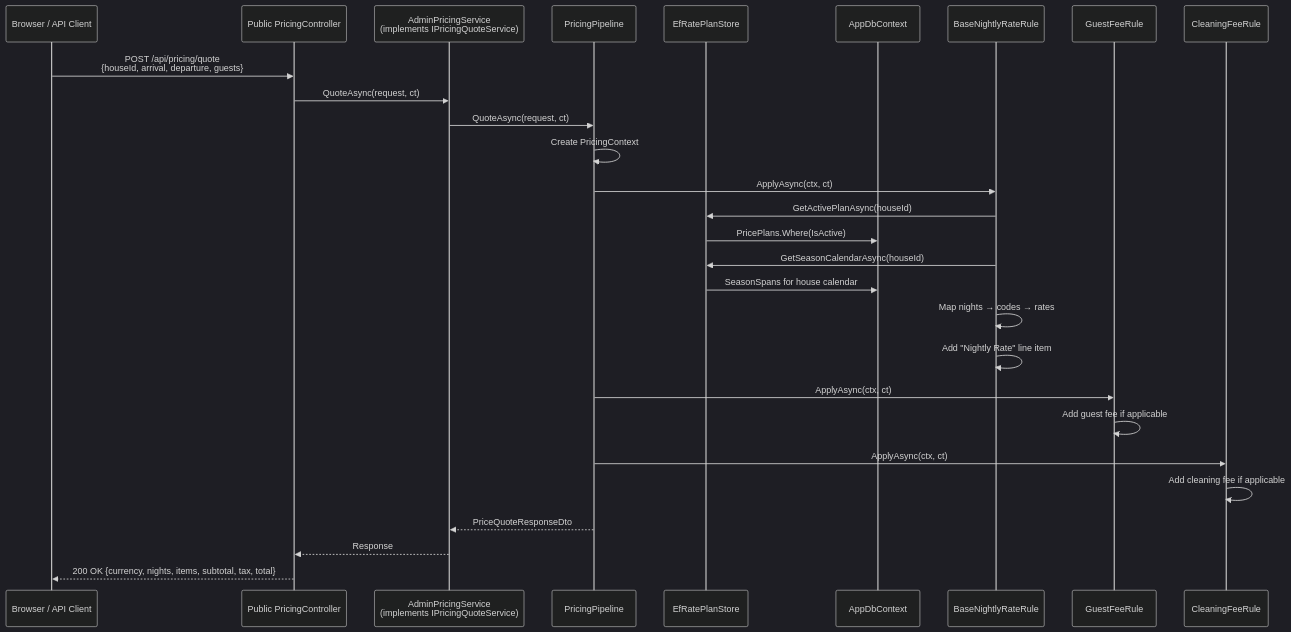
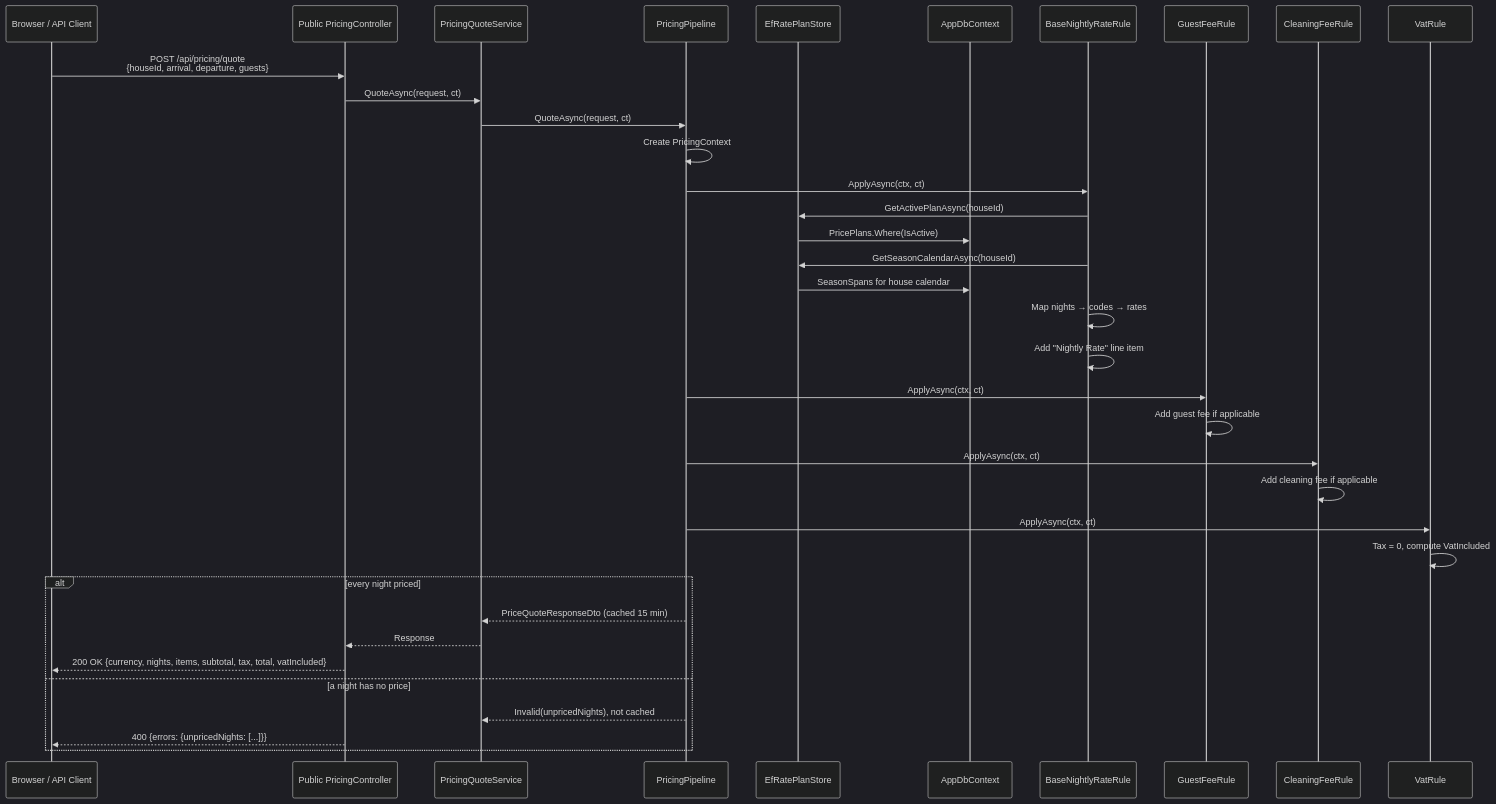
Diagram 20 of 32 in docs/DIAGRAMS.md (Applatos/RentalHome), drawn with Mermaid (dark theme) before and after one commit. The commit also changed other lines of this file and 156 other files, not shown here.

````diff
--- a/docs/DIAGRAMS.md
+++ b/docs/DIAGRAMS.md
@@ -862,35 +870,44 @@
 ```mermaid
 sequenceDiagram
     participant Client as Browser / API Client
     participant API as Public PricingController
-    participant SVC as AdminPricingService<br/>(implements IPricingQuoteService)
+    participant SVC as PricingQuoteService
     participant PIPE as PricingPipeline
     participant STORE as EfRatePlanStore
     participant DB as AppDbContext
     participant R1 as BaseNightlyRateRule
     participant R2 as GuestFeeRule
     participant R3 as CleaningFeeRule
+    participant R4 as VatRule
 
     Client->>API: POST /api/pricing/quote<br/>{houseId, arrival, departure, guests}
     API->>SVC: QuoteAsync(request, ct)
     SVC->>PIPE: QuoteAsync(request, ct)
     PIPE->>PIPE: Create PricingContext
 
     PIPE->>R1: ApplyAsync(ctx, ct)
     R1->>STORE: GetActivePlanAsync(houseId)
     STORE->>DB: PricePlans.Where(IsActive)
     R1->>STORE: GetSeasonCalendarAsync(houseId)
     STORE->>DB: SeasonSpans for house calendar
     R1->>R1: Map nights → codes → rates
     R1->>R1: Add "Nightly Rate" line item
 
     PIPE->>R2: ApplyAsync(ctx, ct)
     R2->>R2: Add guest fee if applicable
 
     PIPE->>R3: ApplyAsync(ctx, ct)
     R3->>R3: Add cleaning fee if applicable
 
-    PIPE-->>SVC: PriceQuoteResponseDto
-    SVC-->>API: Response
-    API-->>Client: 200 OK {currency, nights, items, subtotal, tax, total}
+    PIPE->>R4: ApplyAsync(ctx, ct)
+    R4->>R4: Tax = 0, compute VatIncluded
+
+    alt every night priced
+        PIPE-->>SVC: PriceQuoteResponseDto (cached 15 min)
+        SVC-->>API: Response
+        API-->>Client: 200 OK {currency, nights, items, subtotal, tax, total, vatIncluded}
+    else a night has no price
+        PIPE-->>SVC: Invalid(unpricedNights), not cached
+        API-->>Client: 400 {errors: {unpricedNights: [...]}}
+    end
 ```
````
